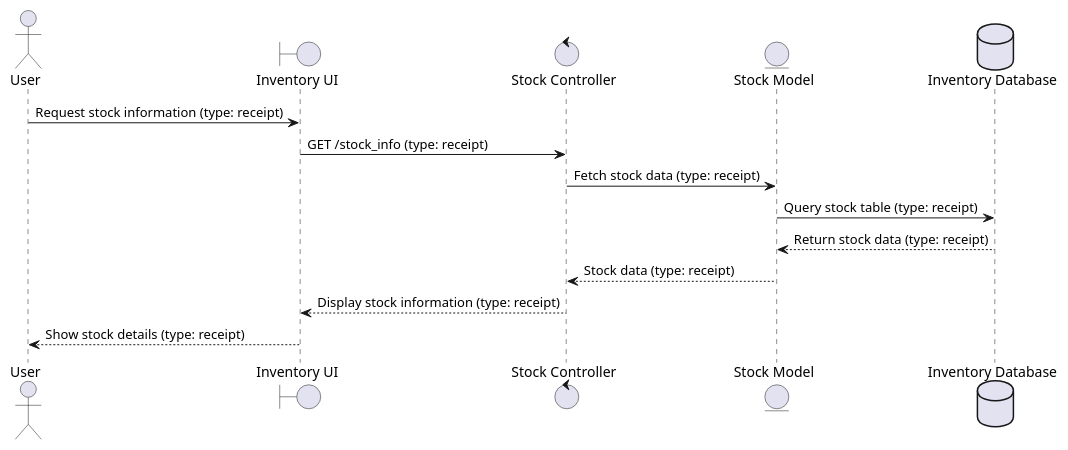
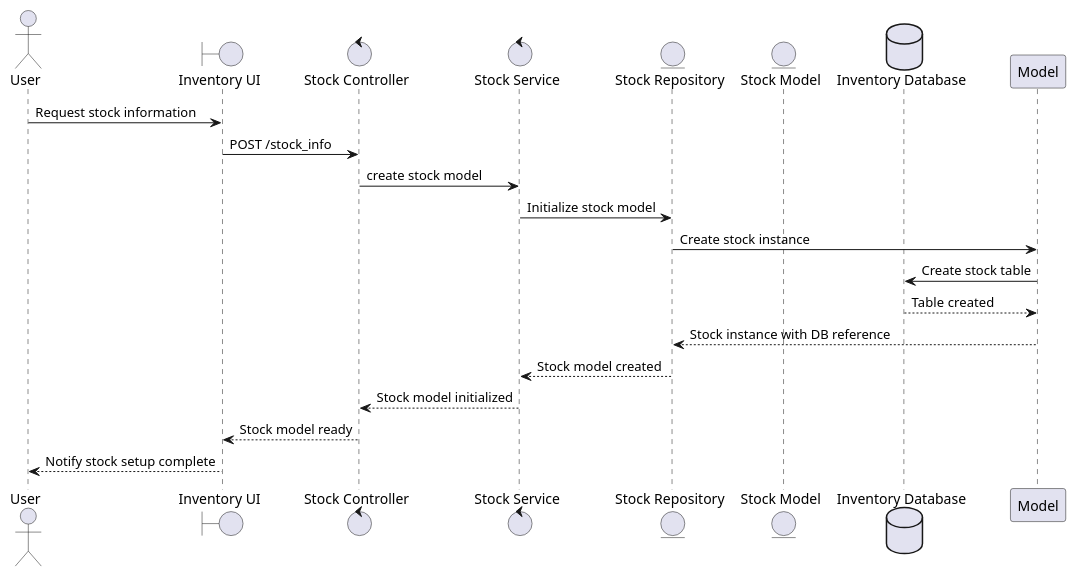
Before and after one commit to Juanimaz10/Ingenieria_de_software: the diagram in docs/stock_diagram.puml, drawn with PlantUML.

Commit message:
#9 Modificación del diagrama de secuencia de stock

```diff
--- a/docs/stock_diagram.puml
+++ b/docs/stock_diagram.puml
@@ -1,17 +1,23 @@
 @startuml
 actor User
 boundary "Inventory UI" as UI
-control "Stock Controller" as Controller
-entity "Stock Model" as Model
+control "Stock Controller" as StockController
+control "Stock Service" as StockService
+entity "Stock Repository" as StockRepository
+entity "Stock Model" as Stock
 database "Inventory Database" as DB
 
-User -> UI: Request stock information (type: receipt)
-UI -> Controller: GET /stock_info (type: receipt)
-Controller -> Model: Fetch stock data (type: receipt)
-Model -> DB: Query stock table (type: receipt)
-DB --> Model: Return stock data (type: receipt)
-Model --> Controller: Stock data (type: receipt)
-Controller --> UI: Display stock information (type: receipt)
-UI --> User: Show stock details (type: receipt)
+User -> UI: Request stock information
+UI -> StockController: POST /stock_info
+StockController -> StockService: create stock model
+StockService -> StockRepository: Initialize stock model
+StockRepository -> Model: Create stock instance
+Model -> DB: Create stock table
+DB --> Model: Table created
+Model --> StockRepository: Stock instance with DB reference
+StockRepository --> StockService: Stock model created
+StockService --> StockController: Stock model initialized
+StockController --> UI: Stock model ready
+UI --> User: Notify stock setup complete
 
 @enduml
```
